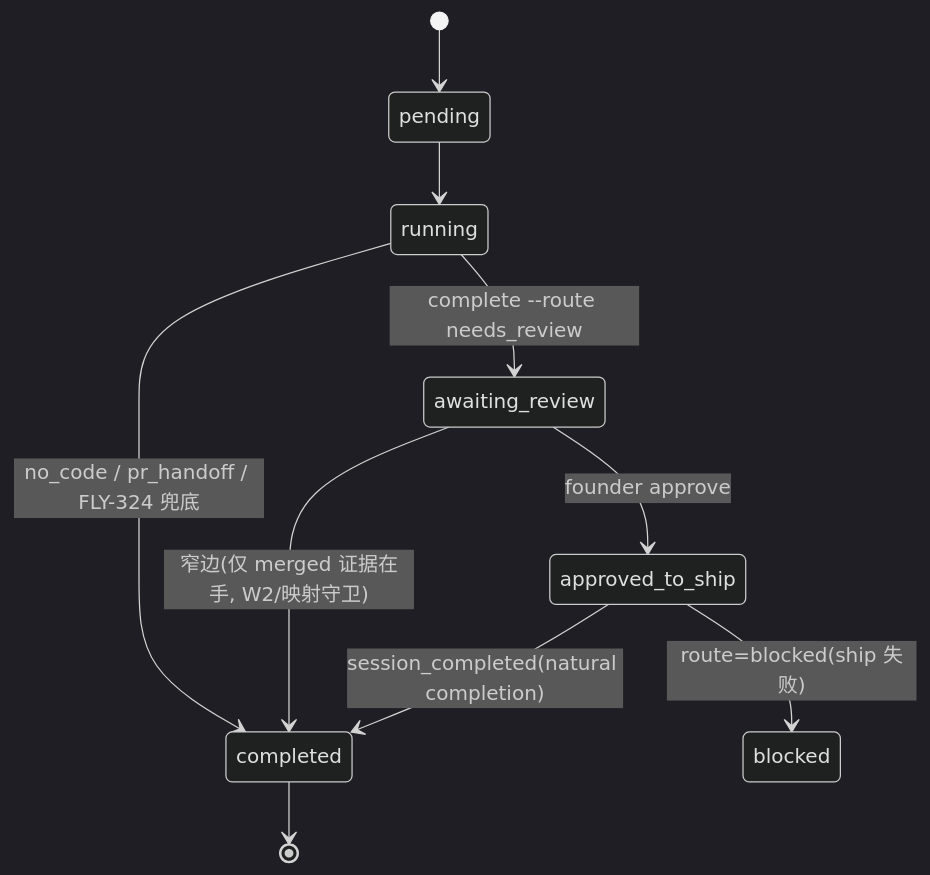
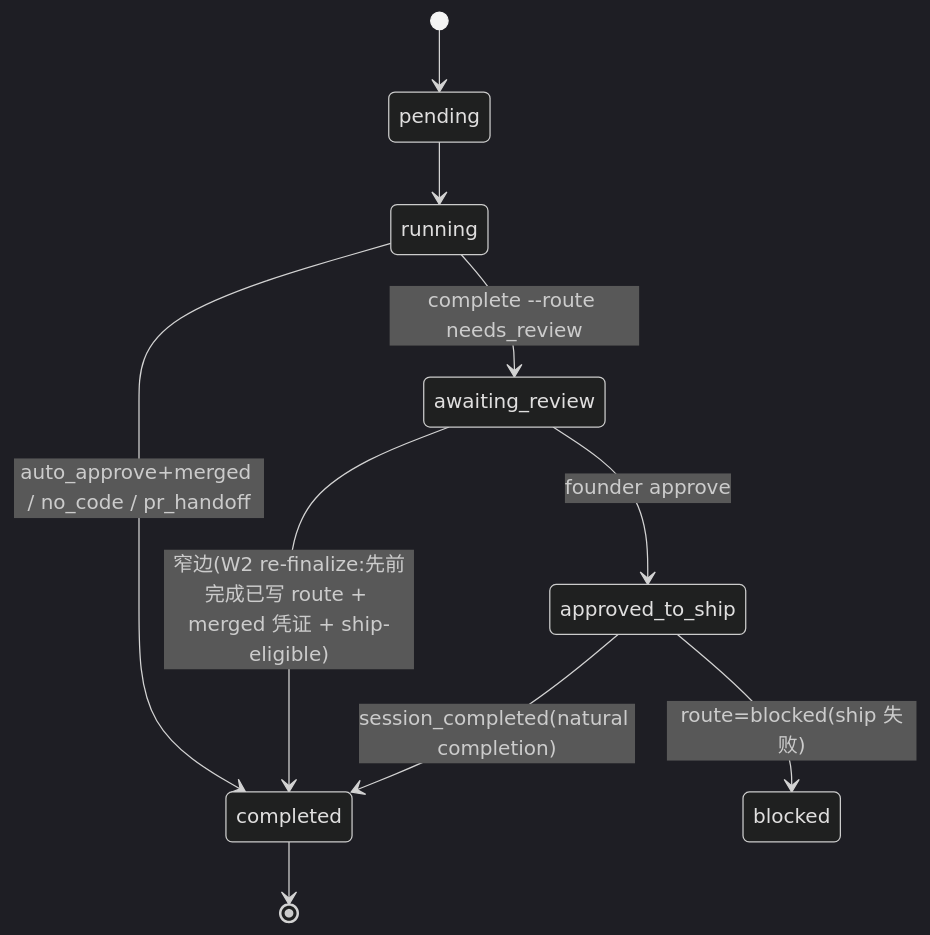
The second of 2 diagrams in engineering/doc/FLY-108-session-status-flip/plan.md (xrliAnnie/flywheel-qa-sandbox), drawn with Mermaid (dark theme) before and after one commit. The commit also changed other lines of this file and 8 other files, not shown here.

First line of the commit message:
docs(FLY-108): plan v4 — Codex design review 4 rounds APPROVED (7→6→4→0) + founder HTML report

````diff
--- a/engineering/doc/FLY-108-session-status-flip/plan.md
+++ b/engineering/doc/FLY-108-session-status-flip/plan.md
@@ -60,12 +68,12 @@
 ```mermaid
 stateDiagram-v2
     [*] --> pending
     pending --> running
     running --> awaiting_review: complete --route needs_review
-    running --> completed: no_code / pr_handoff / FLY-324 兜底
+    running --> completed: auto_approve+merged / no_code / pr_handoff
     awaiting_review --> approved_to_ship: founder approve
-    awaiting_review --> completed: 窄边(仅 merged 证据在手, W2/映射守卫)
+    awaiting_review --> completed: 窄边(W2 re-finalize:先前完成已写 route + merged 凭证 + ship-eligible)
     approved_to_ship --> completed: session_completed(natural completion)
     approved_to_ship --> blocked: route=blocked(ship 失败)
     completed --> [*]
 ```
````
